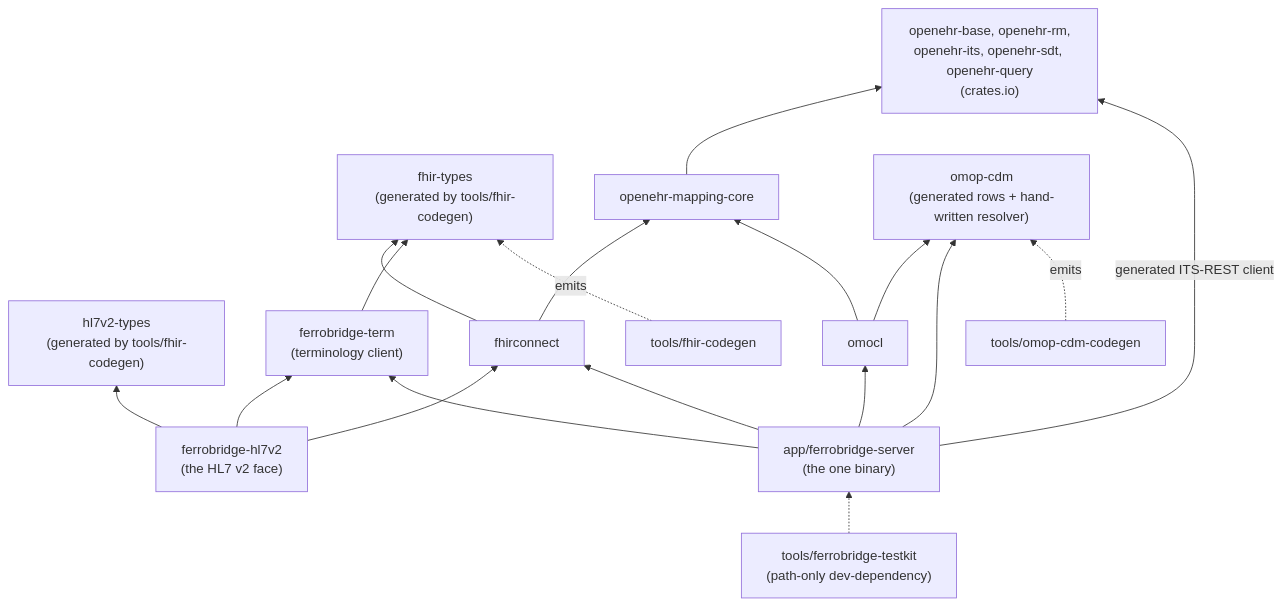
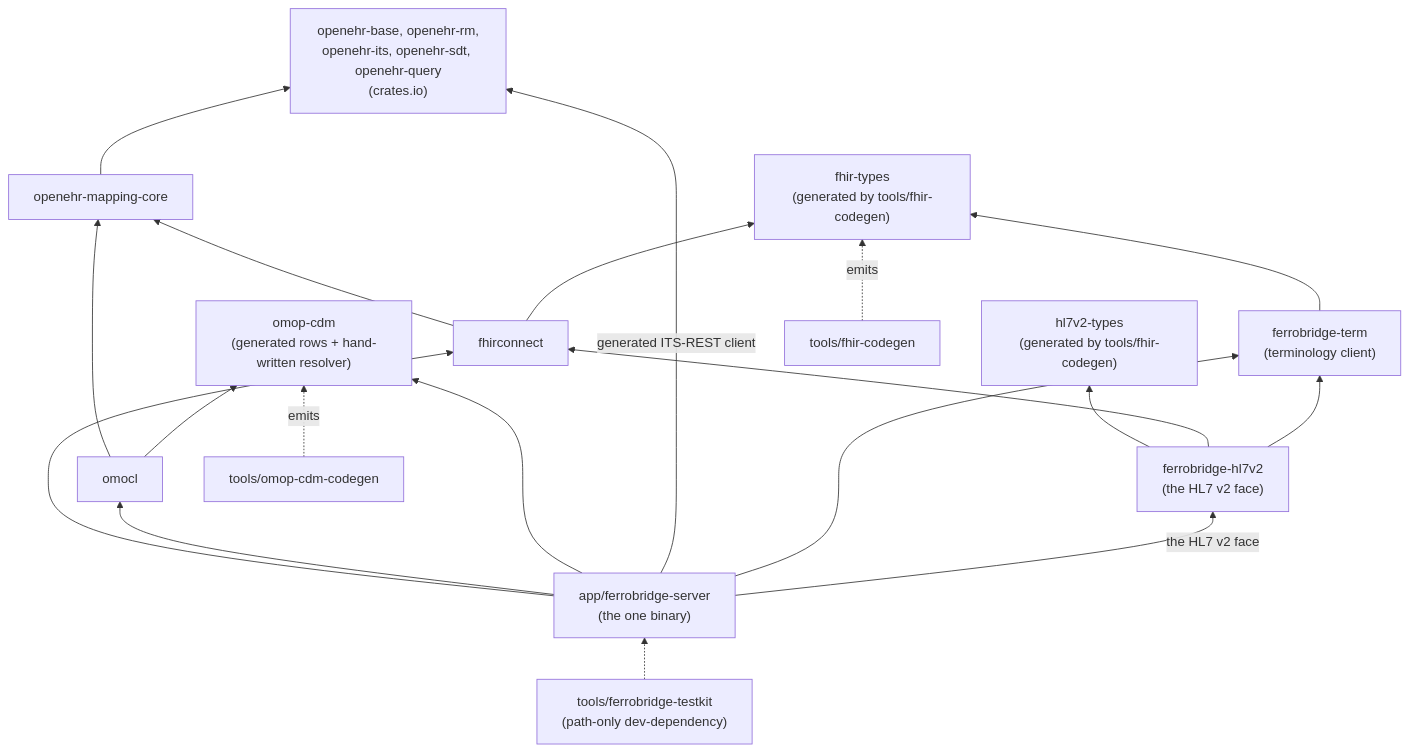
Before and after one commit to rubentalstra/FerroBRIDGE: the eighth of 10 diagrams in docs/architecture.md, drawn with Mermaid. The commit also changed other lines of this file and 39 other files, not shown here.

````diff
--- a/docs/architecture.md
+++ b/docs/architecture.md
@@ -1170,24 +1170,25 @@
 ```mermaid
 flowchart BT
     FT["fhir-types<br/>(generated by tools/fhir-codegen)"]
     HV["hl7v2-types<br/>(generated by tools/fhir-codegen)"]
     OE["openehr-base, openehr-rm,<br/>openehr-its, openehr-sdt, openehr-query<br/>(crates.io)"]
     MC["openehr-mapping-core"] --> OE
     FC["fhirconnect"] --> MC
     FC --> FT
     OM["omocl"] --> MC
     OC["omop-cdm<br/>(generated rows + hand-written resolver)"]
     OM --> OC
     TC["ferrobridge-term<br/>(terminology client)"] --> FT
     HL["ferrobridge-hl7v2<br/>(the HL7 v2 face)"] --> HV
     HL --> FC
     HL --> TC
     SV["app/ferrobridge-server<br/>(the one binary)"] --> FC
     SV --> OM
     SV --> OC
     SV -->|"generated ITS-REST client"| OE
     SV --> TC
+    SV -->|"the HL7 v2 face"| HL
     TK["tools/ferrobridge-testkit<br/>(path-only dev-dependency)"] -.-> SV
     CG["tools/fhir-codegen"] -.->|"emits"| FT
     OG["tools/omop-cdm-codegen"] -.->|"emits"| OC
 ```
````
